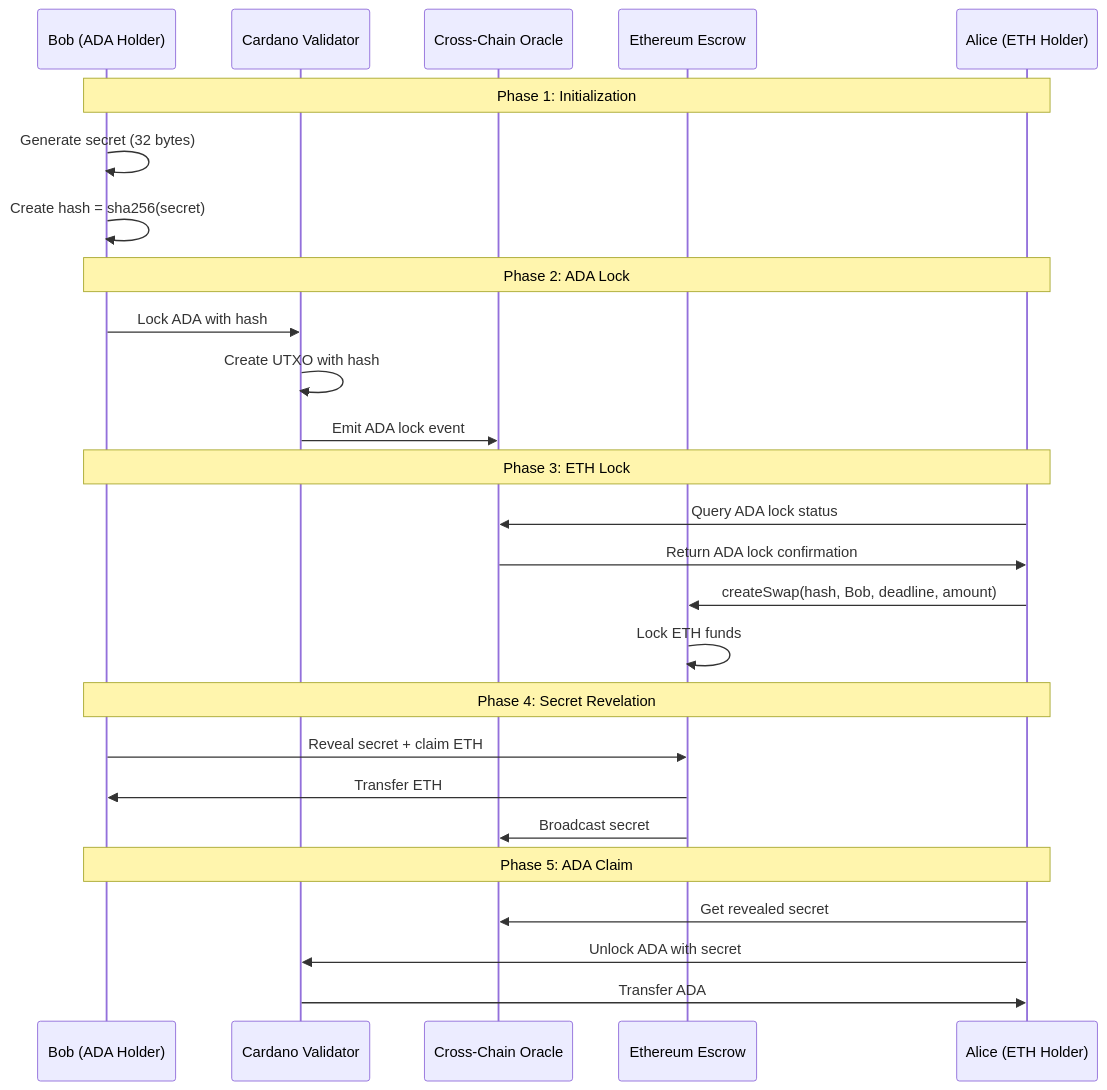
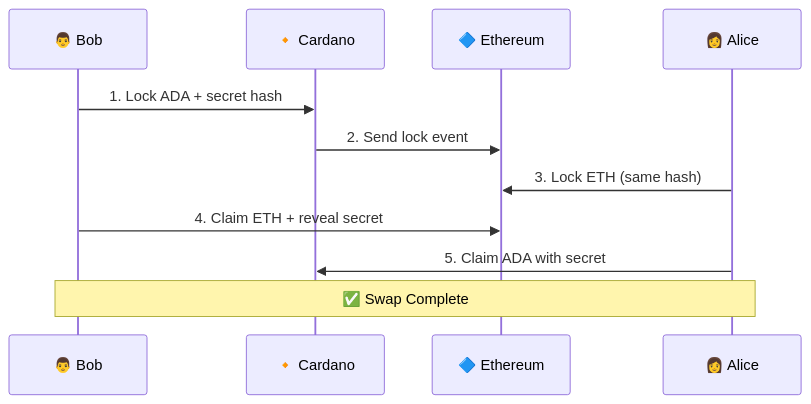
The ninth of 20 diagrams in README.md (SHLOK333/nuvex-cardano), drawn with Mermaid before and after one commit. The commit also changed other lines of this file, not shown here.

First line of the commit message:
Simplify complex diagrams and fix markdown issues

````diff
--- a/README.md
+++ b/README.md
@@ -936,33 +505,14 @@
 ```mermaid
 sequenceDiagram
-    participant Bob as Bob (ADA Holder)
-    participant CardanoContract as Cardano Validator
-    participant Oracle as Cross-Chain Oracle
-    participant EthContract as Ethereum Escrow
-    participant Alice as Alice (ETH Holder)
+    participant Bob as 👨 Bob
+    participant ADA as 🔸 Cardano
+    participant ETH as 🔷 Ethereum
+    participant Alice as 👩 Alice
 
-    Note over Bob,Alice: Phase 1: Initialization
-    Bob->>Bob: Generate secret (32 bytes)
-    Bob->>Bob: Create hash = sha256(secret)
-    
-    Note over Bob,Alice: Phase 2: ADA Lock
-    Bob->>CardanoContract: Lock ADA with hash
-    CardanoContract->>CardanoContract: Create UTXO with hash
-    CardanoContract->>Oracle: Emit ADA lock event
-    
-    Note over Bob,Alice: Phase 3: ETH Lock
-    Alice->>Oracle: Query ADA lock status
-    Oracle->>Alice: Return ADA lock confirmation
-    Alice->>EthContract: createSwap(hash, Bob, deadline, amount)
-    EthContract->>EthContract: Lock ETH funds
-    
-    Note over Bob,Alice: Phase 4: Secret Revelation
-    Bob->>EthContract: Reveal secret + claim ETH
-    EthContract->>Bob: Transfer ETH
-    EthContract->>Oracle: Broadcast secret
-    
-    Note over Bob,Alice: Phase 5: ADA Claim
-    Alice->>Oracle: Get revealed secret
-    Alice->>CardanoContract: Unlock ADA with secret
-    CardanoContract->>Alice: Transfer ADA
+    Bob->>ADA: 1. Lock ADA + secret hash
+    ADA->>ETH: 2. Send lock event
+    Alice->>ETH: 3. Lock ETH (same hash)
+    Bob->>ETH: 4. Claim ETH + reveal secret
+    Alice->>ADA: 5. Claim ADA with secret
+    Note over Bob,Alice: ✅ Swap Complete
 ```
````
